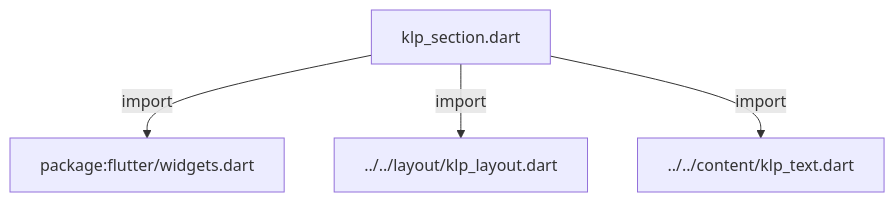
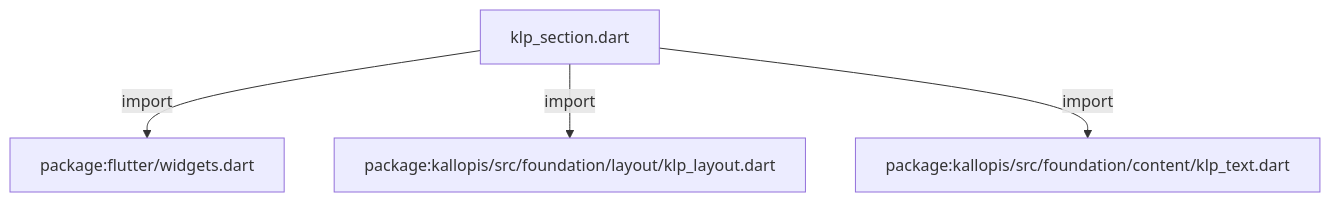
Before and after one commit to MiuDog/Kallopis: the first of 3 diagrams in docs/architecture/src/foundation/surface/legacy_components/klp_section.md, drawn with Mermaid. The commit also changed other lines of this file and 9688 other files, not shown here.

Commit message:
Prepare isolated Flow F2 peer baseline

````diff
--- a/docs/architecture/src/foundation/surface/legacy_components/klp_section.md
+++ b/docs/architecture/src/foundation/surface/legacy_components/klp_section.md
@@ -11,10 +11,10 @@
 ```mermaid
 flowchart TD
 	n0["klp_section.dart"]
 	n1["package:flutter/widgets.dart"]
-	n2["../../layout/klp_layout.dart"]
-	n3["../../content/klp_text.dart"]
+	n2["package:kallopis/src/foundation/layout/klp_layout.dart"]
+	n3["package:kallopis/src/foundation/content/klp_text.dart"]
 	n0 -->|"import"| n1
 	n0 -->|"import"| n2
 	n0 -->|"import"| n3
 ```
````
